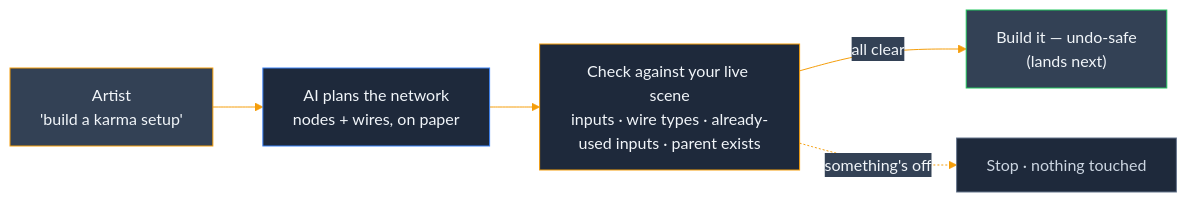
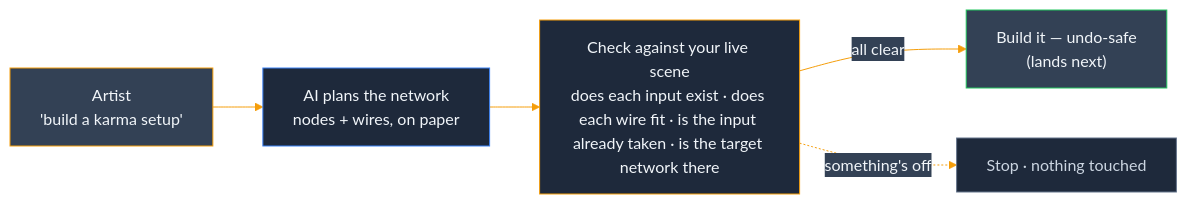
One commit to JosephOIbrahim/Synapse changed the second of 4 diagrams in README.md. Above: the diagram before and after it, drawn with Mermaid. The commit also changed other lines of this file, not shown here.

````diff
--- a/README.md
+++ b/README.md
@@ -74,13 +74,13 @@
 ```mermaid
 %%{init: {'theme':'base', 'themeVariables': {'primaryColor':'#1e293b','primaryTextColor':'#f1f5f9','primaryBorderColor':'#0f172a','lineColor':'#f59e0b','secondaryColor':'#334155','tertiaryColor':'#475569'}}}%%
 flowchart LR
     ASK["Artist<br/>'build a karma setup'"]:::artist --> PLAN["AI plans the network<br/>nodes + wires, on paper"]:::panel
-    PLAN --> VAL["Check against your live scene<br/>inputs · wire types · already-used inputs · parent exists"]:::bridge
+    PLAN --> VAL["Check against your live scene<br/>does each input exist · does each wire fit · is the input already taken · is the target network there"]:::bridge
     VAL -->|"all clear"| BUILD["Build it — undo-safe<br/>(lands next)"]:::hou
     VAL -.->|"something's off"| STOP["Stop · nothing touched"]:::side
     classDef artist fill:#334155,stroke:#f59e0b,color:#f1f5f9
     classDef panel fill:#1e293b,stroke:#3b82f6,color:#f1f5f9
     classDef bridge fill:#1e293b,stroke:#f59e0b,color:#f1f5f9
     classDef hou fill:#334155,stroke:#22c55e,color:#f1f5f9
     classDef side fill:#1e293b,stroke:#64748b,color:#cbd5e1
 ```
````
